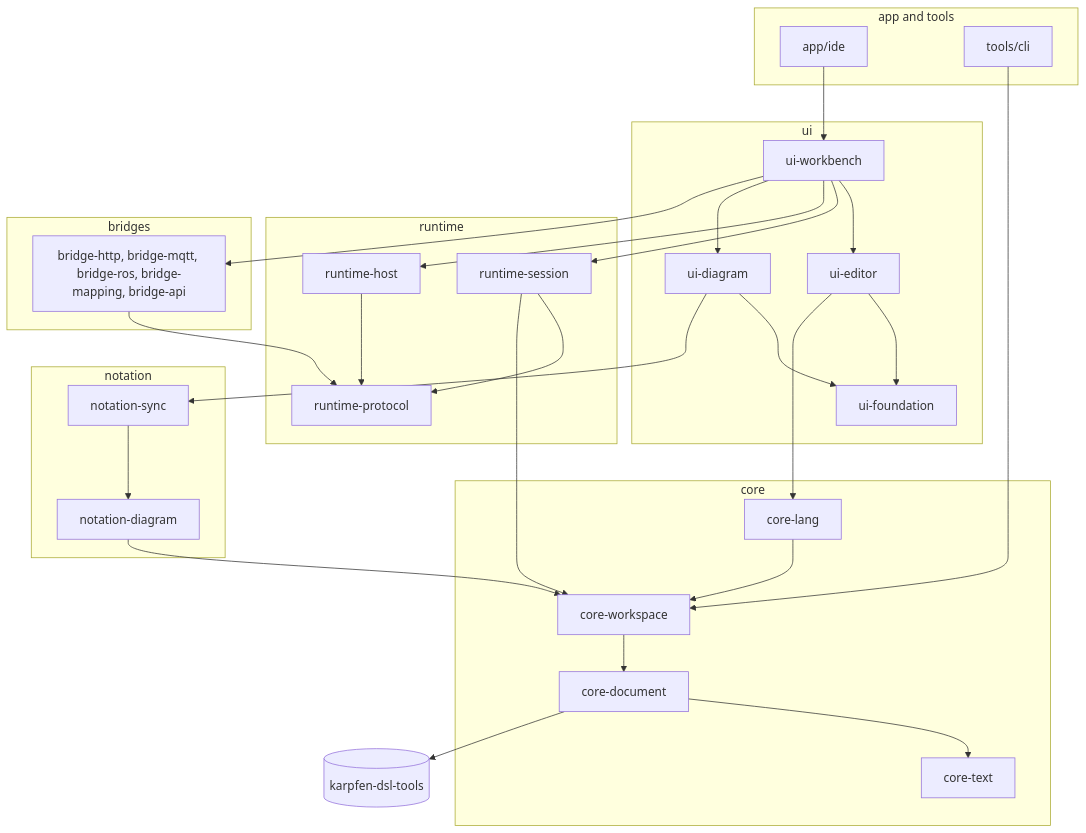
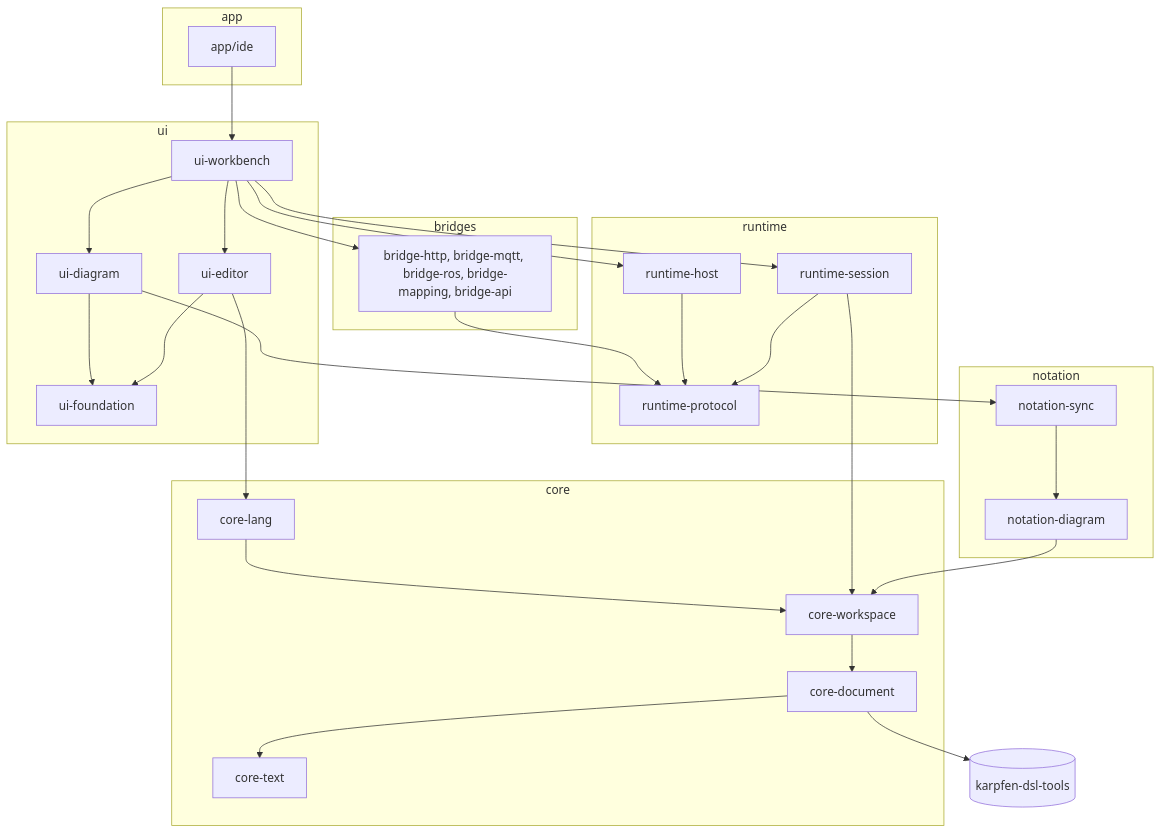
One commit to karpfenproject/karpfen-IDE changed the diagram in docs/archdoc.md. Above: the diagram before and after it, drawn with Mermaid. The commit also changed other lines of this file and 115 other files, not shown here.

````diff
--- a/docs/archdoc.md
+++ b/docs/archdoc.md
@@ -74,44 +72,42 @@
 ```mermaid
 flowchart TD
-    subgraph appGroup ["app and tools"]
+    subgraph appGroup ["app"]
         ide["app/ide"]
-        cli["tools/cli"]
     end
     subgraph uiGroup ["ui"]
         workbench["ui-workbench"]
         editor["ui-editor"]
         foundation["ui-foundation"]
         uidiagram["ui-diagram"]
     end
     subgraph runtimeGroup ["runtime"]
         session["runtime-session"]
         host["runtime-host"]
         protocol["runtime-protocol"]
     end
     subgraph notationGroup ["notation"]
         nsync["notation-sync"]
         ndiagram["notation-diagram"]
     end
     subgraph bridgesGroup ["bridges"]
         bridges["bridge-http, bridge-mqtt, bridge-ros, bridge-mapping, bridge-api"]
     end
     subgraph coreGroup ["core"]
         lang["core-lang"]
         workspace["core-workspace"]
         document["core-document"]
         coretext["core-text"]
     end
     dsltools[("karpfen-dsl-tools")]
 
     ide --> workbench
-    cli --> workspace
     workbench --> editor & session & host & uidiagram & bridges
     editor --> foundation & lang
     uidiagram --> foundation & nsync
     nsync --> ndiagram --> workspace
     session --> protocol & workspace
     host --> protocol
     bridges --> protocol
     lang --> workspace --> document
     document --> coretext & dsltools
 ```
````
